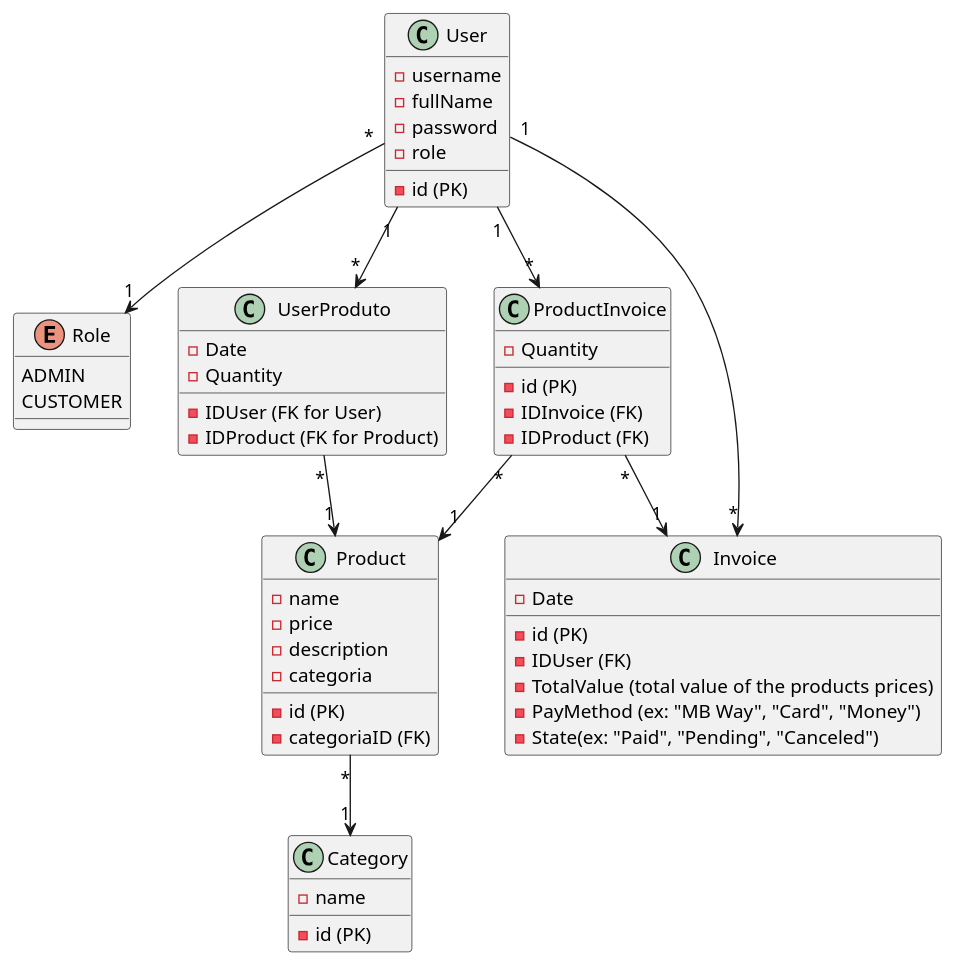
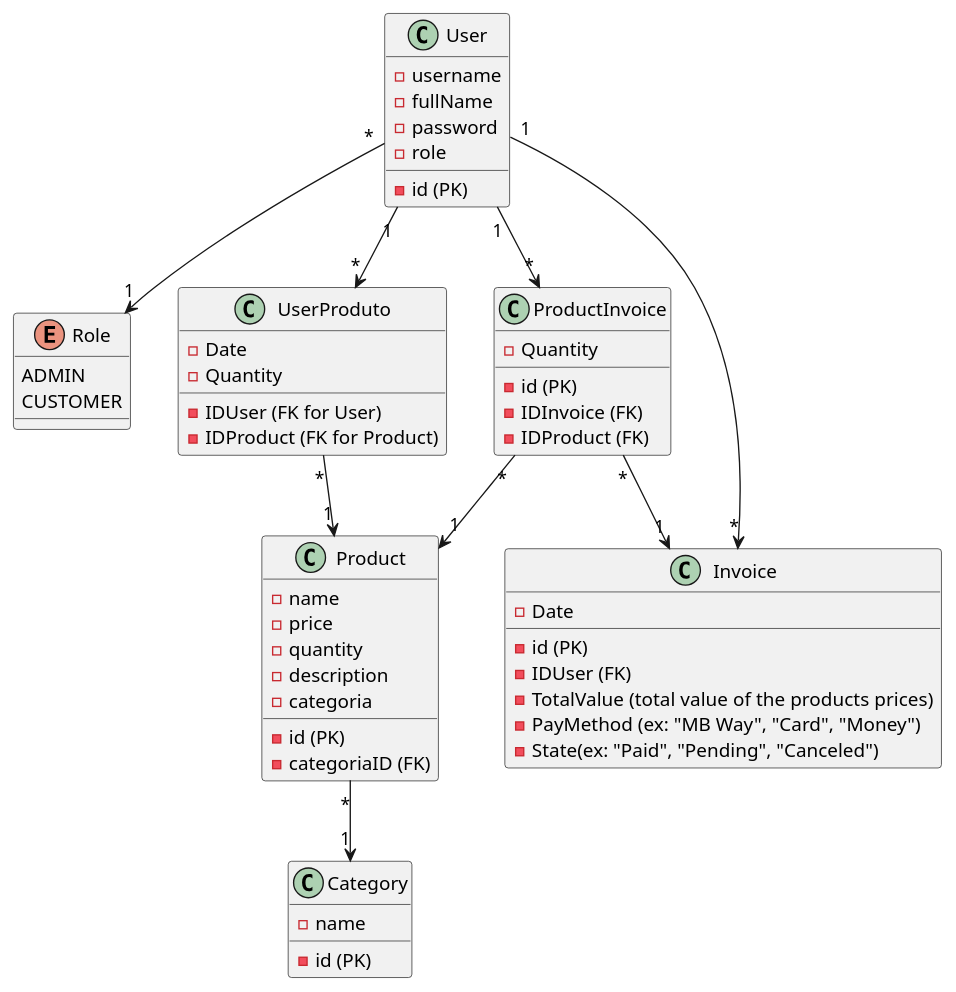
One commit to RuiCost/SpringBootProductsAPI_Train changed the diagram in produtoisapi/produtoisapi/Docs/DM.puml. Above: the diagram before and after it, drawn with PlantUML. The commit also changed 64 other files, not shown here.

```diff
--- a/produtoisapi/produtoisapi/Docs/DM.puml
+++ b/produtoisapi/produtoisapi/Docs/DM.puml
@@ -1,74 +1,75 @@
 @startuml
 class User{
     -id (PK)
     -username
     -fullName
     -password
     -role
 }
 
 enum Role {
     ADMIN
     CUSTOMER
 
 }
 class UserProduto{
 
    - IDUser (FK for User)
    - IDProduct (FK for Product)
    - Date
    - Quantity
 
 }
 
 
 class Product {
    -id (PK)
    -categoriaID (FK)
    -name
    -price
+   -quantity
    -description
    -categoria
 }
 
 
 
 
 class Category {
     - id (PK)
     - name
 }
 
 class Invoice {
   - id (PK)
   - IDUser (FK)
   - Date
   - TotalValue (total value of the products prices)
   - PayMethod (ex: "MB Way", "Card", "Money")
   - State(ex: "Paid", "Pending", "Canceled")
 
 }
 
 class ProductInvoice {
  - id (PK)
  - IDInvoice (FK)
  - IDProduct (FK)
  - Quantity
 
 }
 
 
 User "*" --> "1" Role
 User "1" --> "*" Invoice
 User "1" --> "*" UserProduto
 User "1" --> "*" ProductInvoice
 
 UserProduto "*" --> "1" Product
 
 Product "*" --> "1" Category
 
 
 
 ProductInvoice "*" --> "1" Product
 ProductInvoice "*" --> "1" Invoice
 @enduml
```
